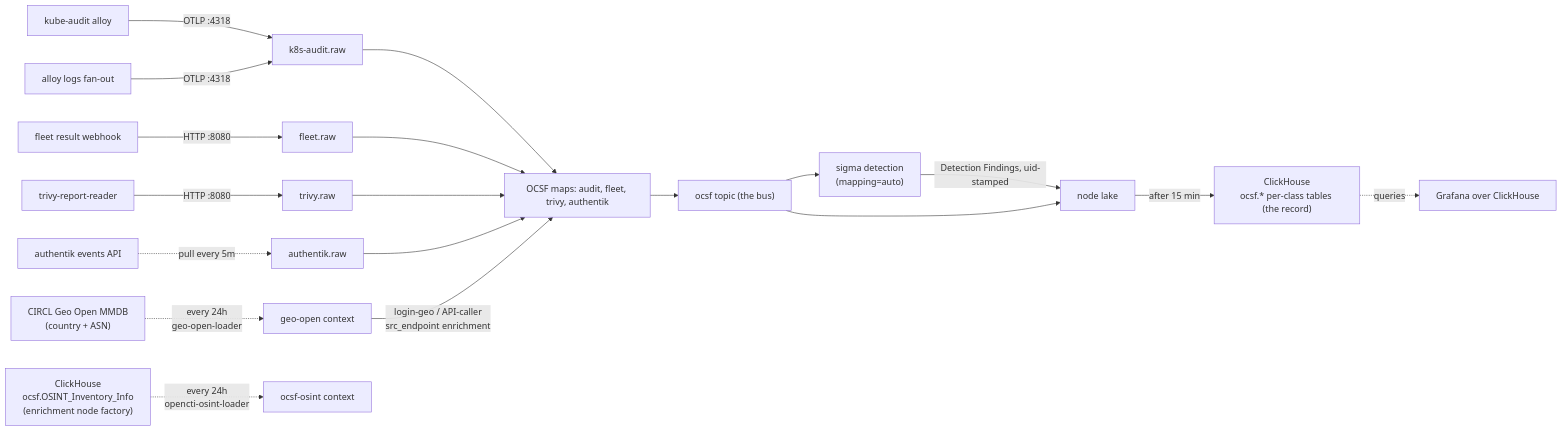
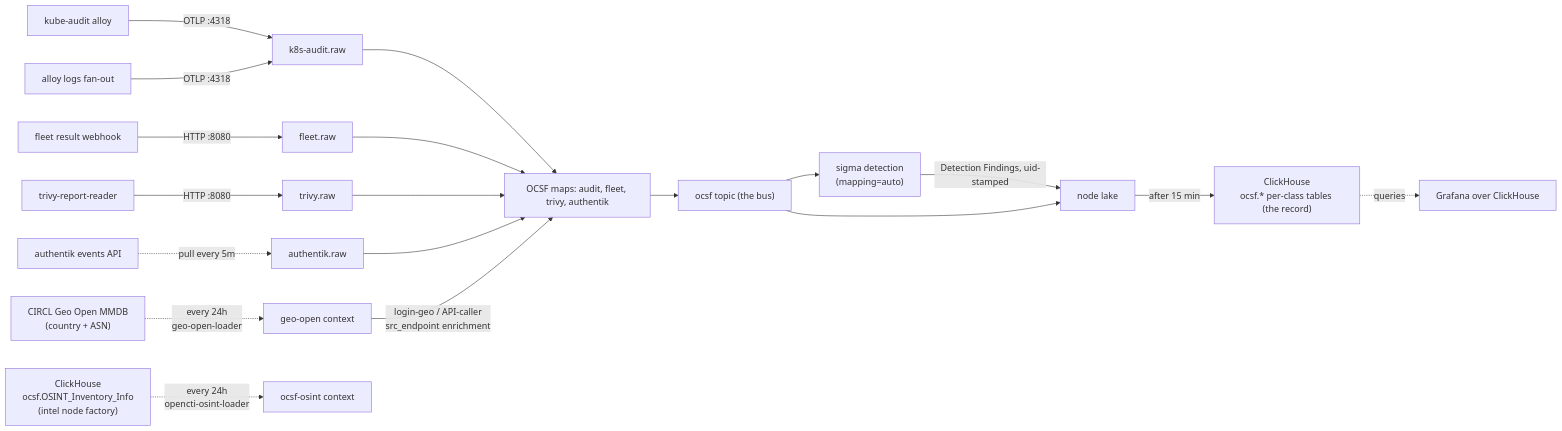
The diagram in flux/manifests/04-apps/security/tenzir/nodes/core/README.md (Apocrathia/homelab), drawn with Mermaid before and after one commit. The commit also changed other lines of this file and 48 other files, not shown here.

First line of the commit message:
feat(tenzir): run the CTI factory on the new intel node at 6.20.0-rc.3

````diff
--- a/flux/manifests/04-apps/security/tenzir/nodes/core/README.md
+++ b/flux/manifests/04-apps/security/tenzir/nodes/core/README.md
@@ -47,22 +47,22 @@
 ```mermaid
 flowchart LR
     KAT["kube-audit alloy"] -->|"OTLP :4318"| AUD["k8s-audit.raw"]
     ALY["alloy logs fan-out"] -->|"OTLP :4318"| AUD
     FRW["fleet result webhook"] -->|"HTTP :8080"| FLT["fleet.raw"]
     TRR["trivy-report-reader"] -->|"HTTP :8080"| TRV["trivy.raw"]
     AKE["authentik events API"] -.->|"pull every 5m"| ATH["authentik.raw"]
 
     AUD --> MAP["OCSF maps: audit, fleet, trivy, authentik"]
     FLT --> MAP
     TRV --> MAP
     ATH --> MAP
     CIRCL["CIRCL Geo Open MMDB<br/>(country + ASN)"] -.->|"every 24h<br/>geo-open-loader"| GEO["geo-open context"]
     GEO -->|"login-geo / API-caller<br/>src_endpoint enrichment"| MAP
-    CHOS["ClickHouse<br/>ocsf.OSINT_Inventory_Info<br/>(enrichment node factory)"] -.->|"every 24h<br/>opencti-osint-loader"| OCTX["ocsf-osint context"]
+    CHOS["ClickHouse<br/>ocsf.OSINT_Inventory_Info<br/>(intel node factory)"] -.->|"every 24h<br/>opencti-osint-loader"| OCTX["ocsf-osint context"]
     MAP --> BUS["ocsf topic (the bus)"]
     BUS --> SIG["sigma detection<br/>(mapping=auto)"]
     SIG -->|"Detection Findings, uid-stamped"| LAKE["node lake"]
     BUS --> LAKE
     LAKE -->|"after 15 min"| CH["ClickHouse<br/>ocsf.* per-class tables (the record)"]
     CH -.->|"queries"| GRAF["Grafana over ClickHouse"]
 ```
````
